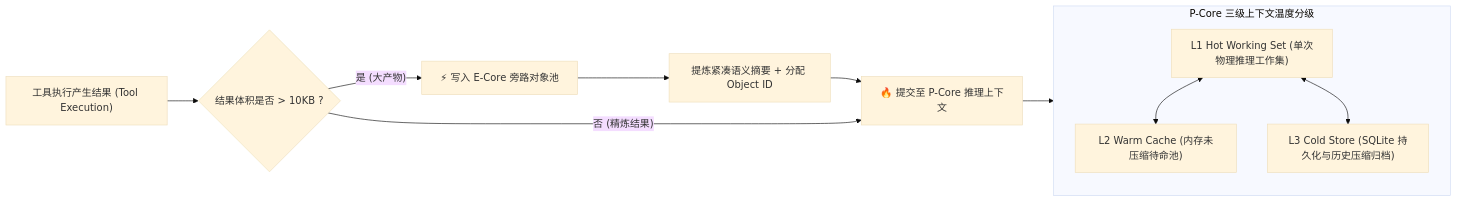
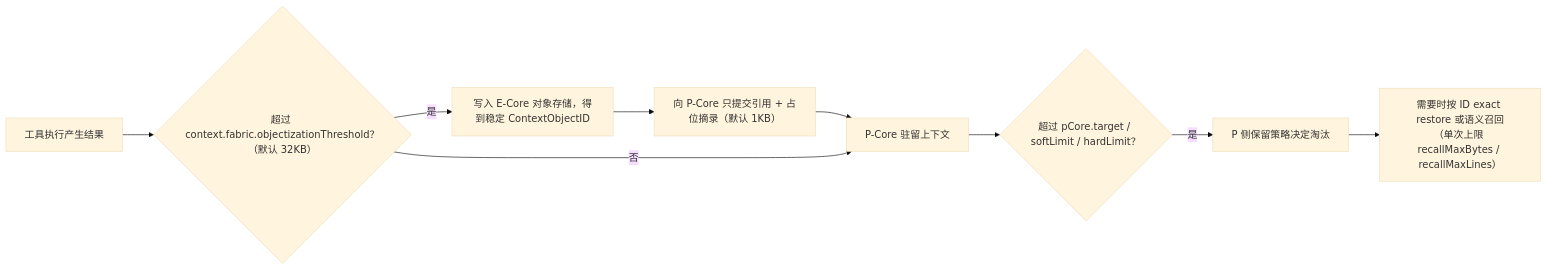
Before and after one commit to LingXiFox/LingXiAgent: the second of 2 diagrams in README.md, drawn with Mermaid (base theme). The commit also changed other lines of this file and 2 other files, not shown here.

````diff
--- a/README.md
+++ b/README.md
@@ -202,20 +206,11 @@
 ```mermaid
 flowchart LR
-    ToolExec["工具执行产生结果 (Tool Execution)"] --> SizeCheck{"结果体积是否 > 10KB ?"}
-    
-    SizeCheck -- "是 (大产物)" --> Bypass["⚡ 写入 E-Core 旁路对象池"]
-    Bypass --> Digest["提炼紧凑语义摘要 + 分配 Object ID"]
-    Digest --> PCore["🔥 提交至 P-Core 推理上下文"]
-
-    SizeCheck -- "否 (精炼结果)" --> PCore
-    
-    subgraph Context_Flow["P-Core 三级上下文温度分级"]
-        L1["L1 Hot Working Set (单次物理推理工作集)"]
-        L2["L2 Warm Cache (内存未压缩待命池)"]
-        L3["L3 Cold Store (SQLite 持久化与历史压缩归档)"]
-        L1 <--> L2
-        L1 <--> L3
-    end
-
-    PCore --> Context_Flow
+    ToolExec["工具执行产生结果"] --> SizeCheck{"超过 context.fabric.objectizationThreshold？（默认 32KB）"}
+    SizeCheck -- "是" --> Objectize["写入 E-Core 对象存储，得到稳定 ContextObjectID"]
+    Objectize --> Projection["向 P-Core 只提交引用 + 占位摘录（默认 1KB）"]
+    Projection --> PCore["P-Core 驻留上下文"]
+    SizeCheck -- "否" --> PCore
+    PCore --> Retention{"超过 pCore.target / softLimit / hardLimit？"}
+    Retention -- "是" --> Evict["P 侧保留策略决定淘汰"]
+    Evict --> Recall["需要时按 ID exact restore 或语义召回<br/>（单次上限 recallMaxBytes / recallMaxLines）"]
 ```
````
